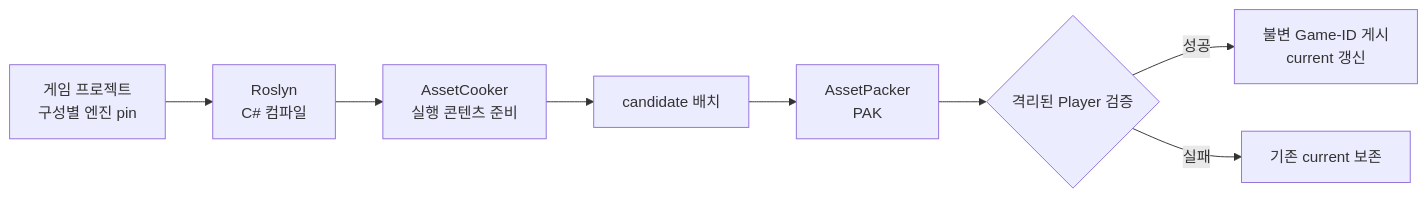
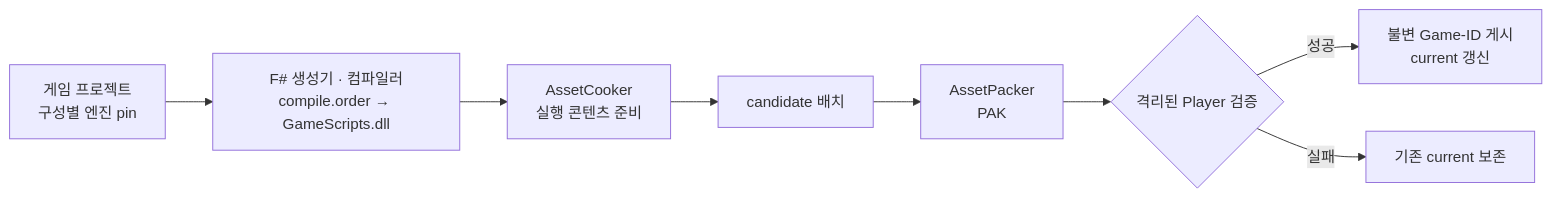
Before and after one commit to 29thnight/CreatorEngine: the third of 3 diagrams in docs/TechnicalGuide.md, drawn with Mermaid. The commit also changed other lines of this file and 1 other file, not shown here.

````diff
--- a/docs/TechnicalGuide.md
+++ b/docs/TechnicalGuide.md
@@ -327,10 +333,10 @@
 ```mermaid
 flowchart LR
-    Project["게임 프로젝트<br/>구성별 엔진 pin"] --> Compile["Roslyn<br/>C# 컴파일"]
+    Project["게임 프로젝트<br/>구성별 엔진 pin"] --> Compile["F# 생성기 · 컴파일러<br/>compile.order → GameScripts.dll"]
     Compile --> Cook["AssetCooker<br/>실행 콘텐츠 준비"]
     Cook --> Stage["candidate 배치"]
     Stage --> Pak["AssetPacker<br/>PAK"]
     Pak --> Verify{"격리된 Player 검증"}
     Verify -->|성공| Publish["불변 Game-ID 게시<br/>current 갱신"]
     Verify -->|실패| Keep["기존 current 보존"]
 ```
````
